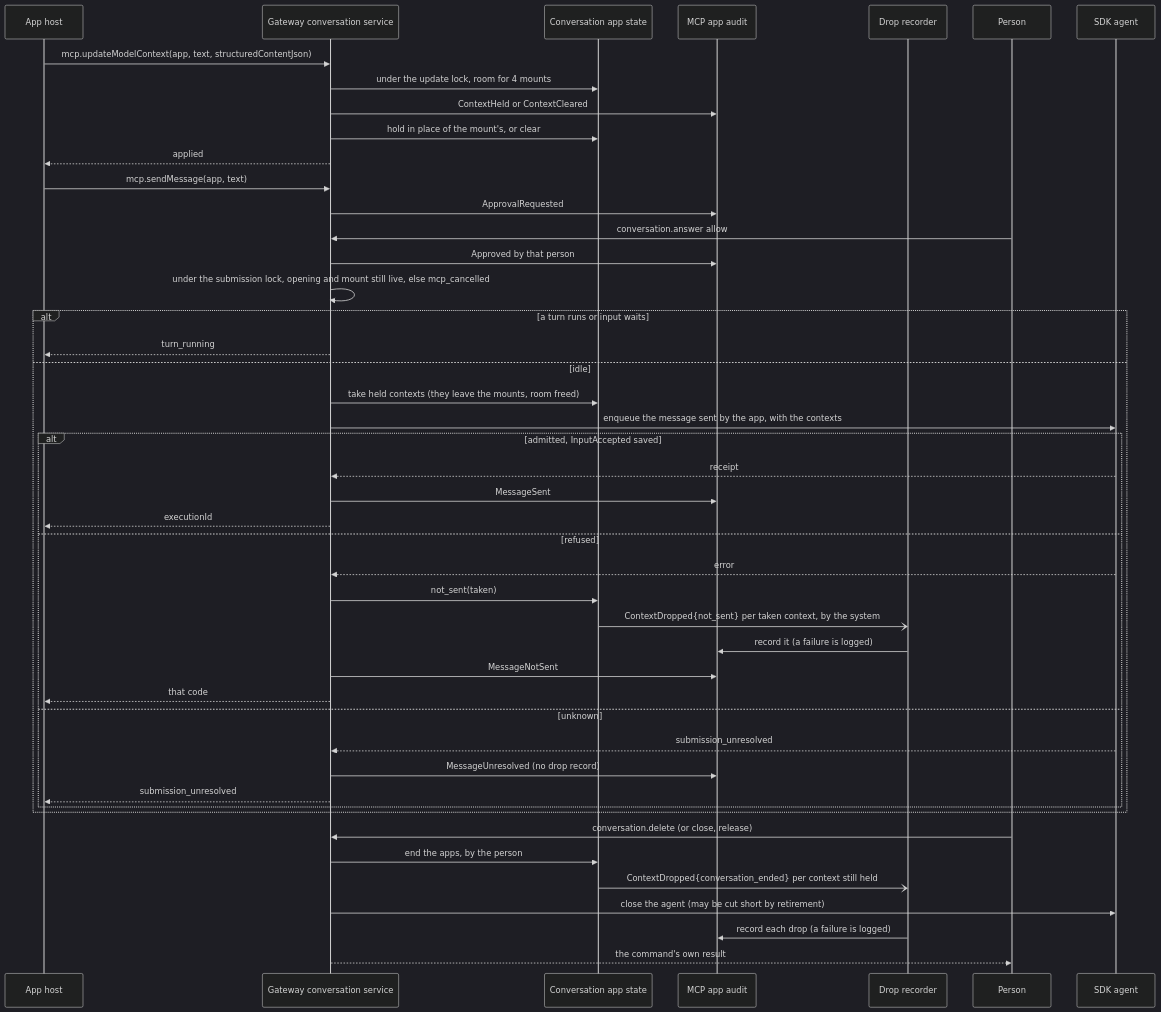
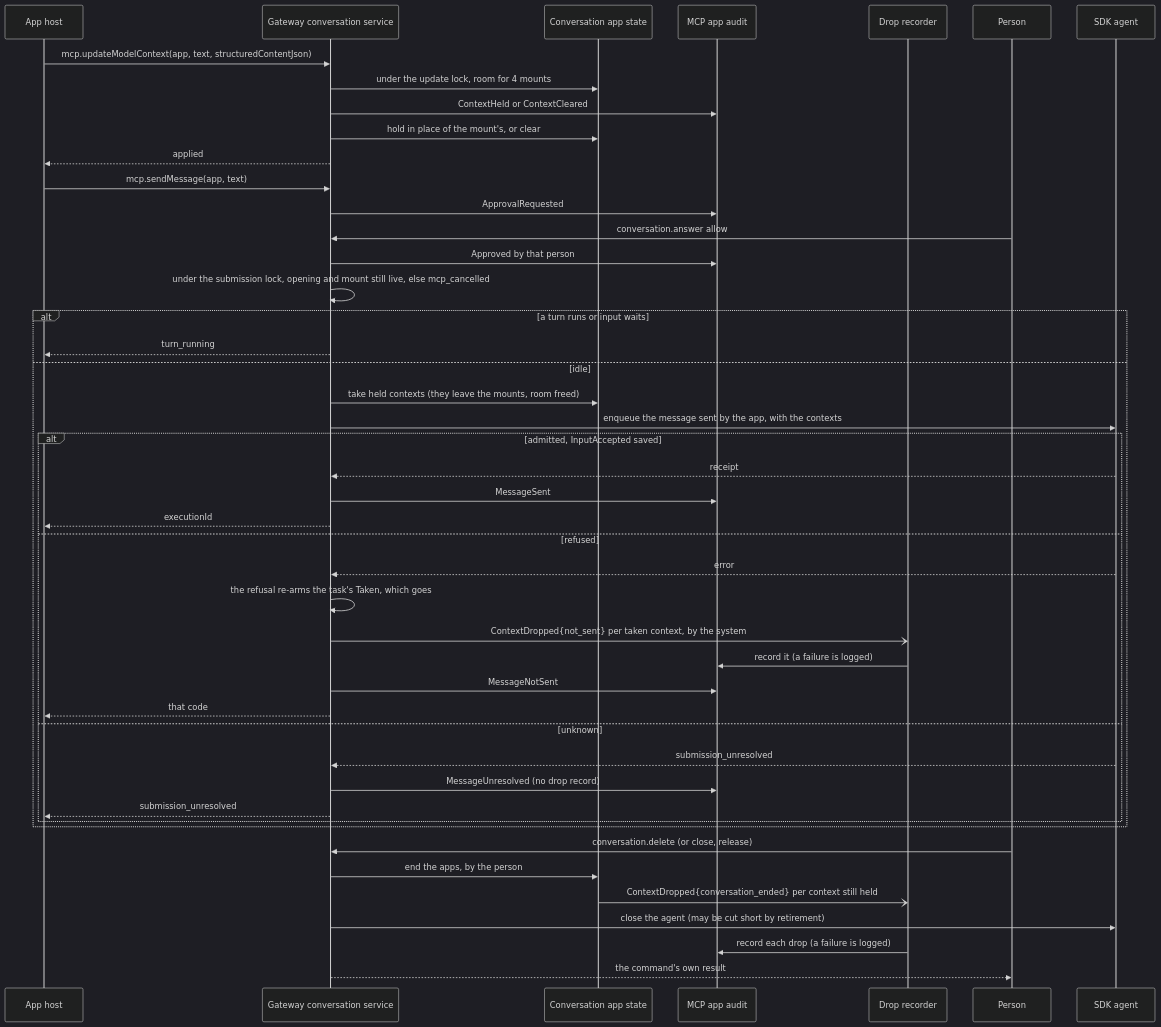
The diagram in docs/design/mcp-app-calls.md (nessalabs/nessa-agent), drawn with Mermaid (dark theme) before and after one commit. The commit also changed other lines of this file, not shown here.

````diff
--- a/docs/design/mcp-app-calls.md
+++ b/docs/design/mcp-app-calls.md
@@ -597,48 +609,48 @@
 ```mermaid
 sequenceDiagram
     participant App as App host
     participant Svc as Gateway conversation service
     participant Apps as Conversation app state
     participant Audit as MCP app audit
     participant Rec as Drop recorder
     participant Person
     participant SDK as SDK agent
     App->>Svc: mcp.updateModelContext(app, text, structuredContentJson)
     Svc->>Apps: under the update lock, room for 4 mounts
     Svc->>Audit: ContextHeld or ContextCleared
     Svc->>Apps: hold in place of the mount's, or clear
     Svc-->>App: applied
     App->>Svc: mcp.sendMessage(app, text)
     Svc->>Audit: ApprovalRequested
     Person->>Svc: conversation.answer allow
     Svc->>Audit: Approved by that person
     Svc->>Svc: under the submission lock, opening and mount still live, else mcp_cancelled
     alt a turn runs or input waits
         Svc-->>App: turn_running
     else idle
         Svc->>Apps: take held contexts (they leave the mounts, room freed)
         Svc->>SDK: enqueue the message sent by the app, with the contexts
         alt admitted, InputAccepted saved
             SDK-->>Svc: receipt
             Svc->>Audit: MessageSent
             Svc-->>App: executionId
         else refused
             SDK-->>Svc: error
-            Svc->>Apps: not_sent(taken)
-            Apps-)Rec: ContextDropped{not_sent} per taken context, by the system
+            Svc->>Svc: the refusal re-arms the task's Taken, which goes
+            Svc-)Rec: ContextDropped{not_sent} per taken context, by the system
             Rec->>Audit: record it (a failure is logged)
             Svc->>Audit: MessageNotSent
             Svc-->>App: that code
         else unknown
             SDK-->>Svc: submission_unresolved
             Svc->>Audit: MessageUnresolved (no drop record)
             Svc-->>App: submission_unresolved
         end
     end
     Person->>Svc: conversation.delete (or close, release)
     Svc->>Apps: end the apps, by the person
     Apps-)Rec: ContextDropped{conversation_ended} per context still held
     Svc->>SDK: close the agent (may be cut short by retirement)
     Rec->>Audit: record each drop (a failure is logged)
     Svc-->>Person: the command's own result
 ```
````
